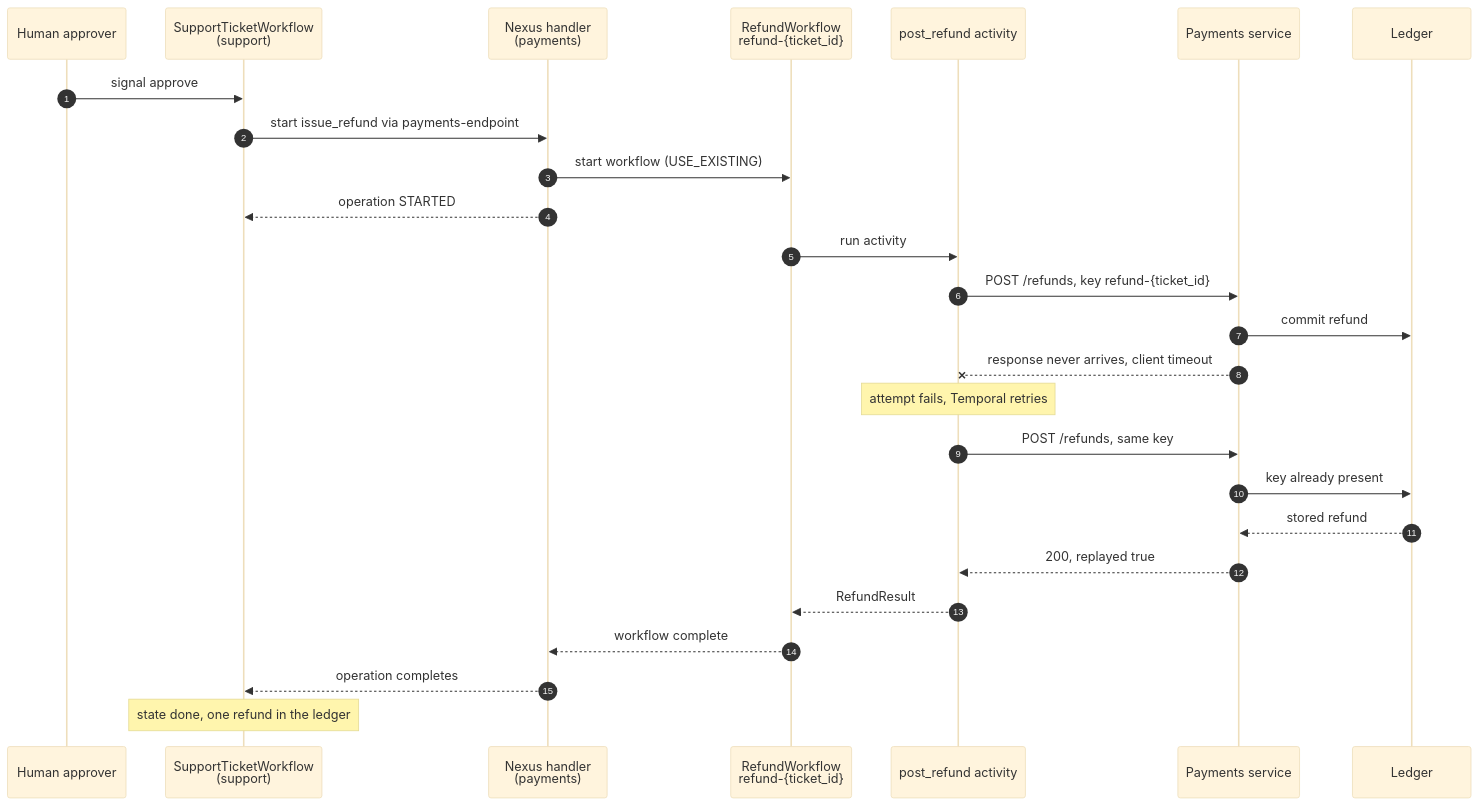
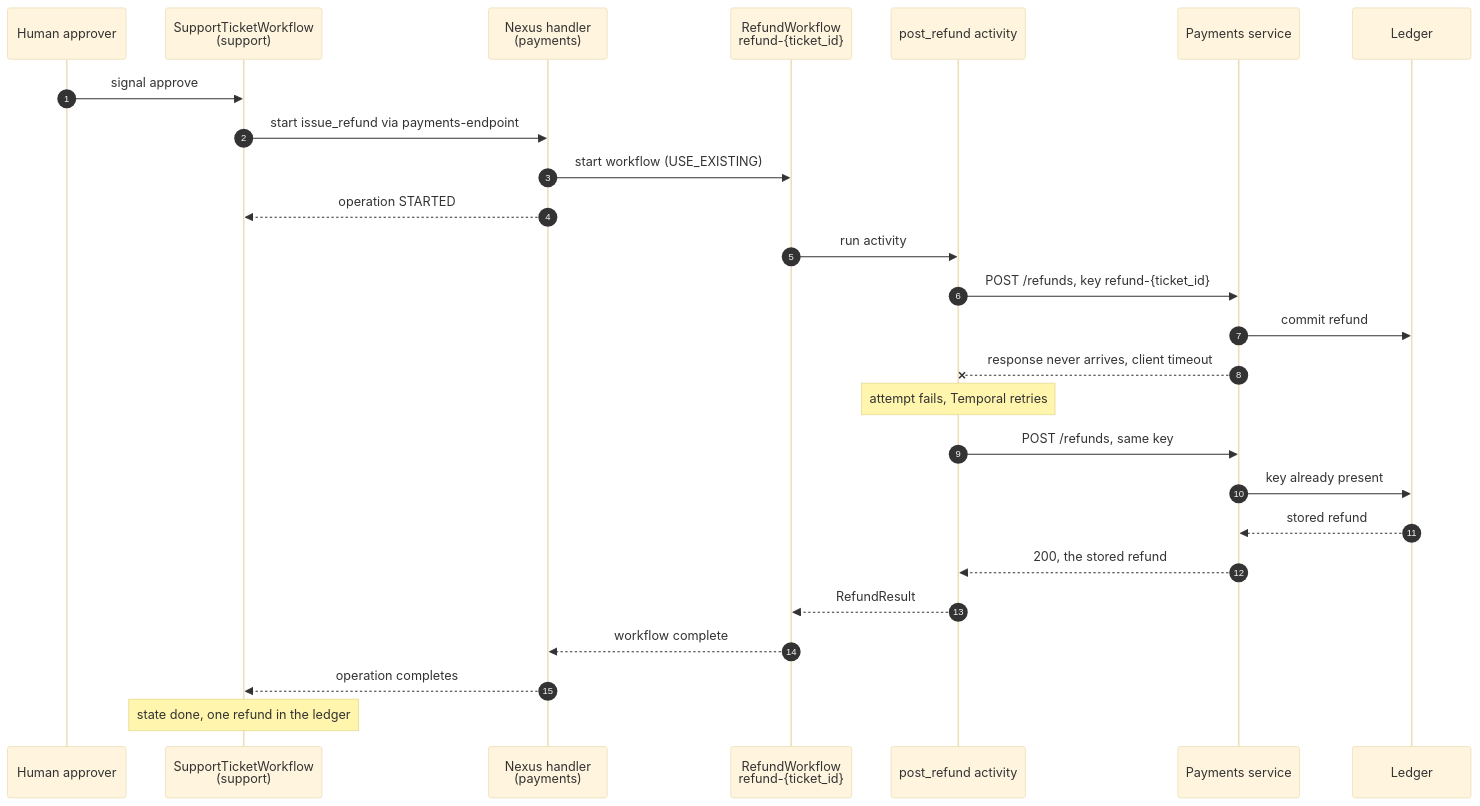
One commit to agileresearchservices/paid-once changed the third of 5 diagrams in docs/architecture.md. Above: the diagram before and after it, drawn with Mermaid (base theme). The commit also changed other lines of this file and 27 other files, not shown here.

````diff
--- a/docs/architecture.md
+++ b/docs/architecture.md
@@ -69,29 +69,29 @@
 ```mermaid
 sequenceDiagram
     autonumber
     participant Human as Human approver
     participant S as SupportTicketWorkflow<br/>(support)
     participant H as Nexus handler<br/>(payments)
     participant R as RefundWorkflow<br/>refund-{ticket_id}
     participant A as post_refund activity
     participant P as Payments service
     participant L as Ledger
 
     Human->>S: signal approve
     S->>H: start issue_refund via payments-endpoint
     H->>R: start workflow (USE_EXISTING)
     H-->>S: operation STARTED
     R->>A: run activity
     A->>P: POST /refunds, key refund-{ticket_id}
     P->>L: commit refund
     P--xA: response never arrives, client timeout
     Note over A: attempt fails, Temporal retries
     A->>P: POST /refunds, same key
     P->>L: key already present
     L-->>P: stored refund
-    P-->>A: 200, replayed true
+    P-->>A: 200, the stored refund
     A-->>R: RefundResult
     R-->>H: workflow complete
     H-->>S: operation completes
     Note over S: state done, one refund in the ledger
 ```
````
